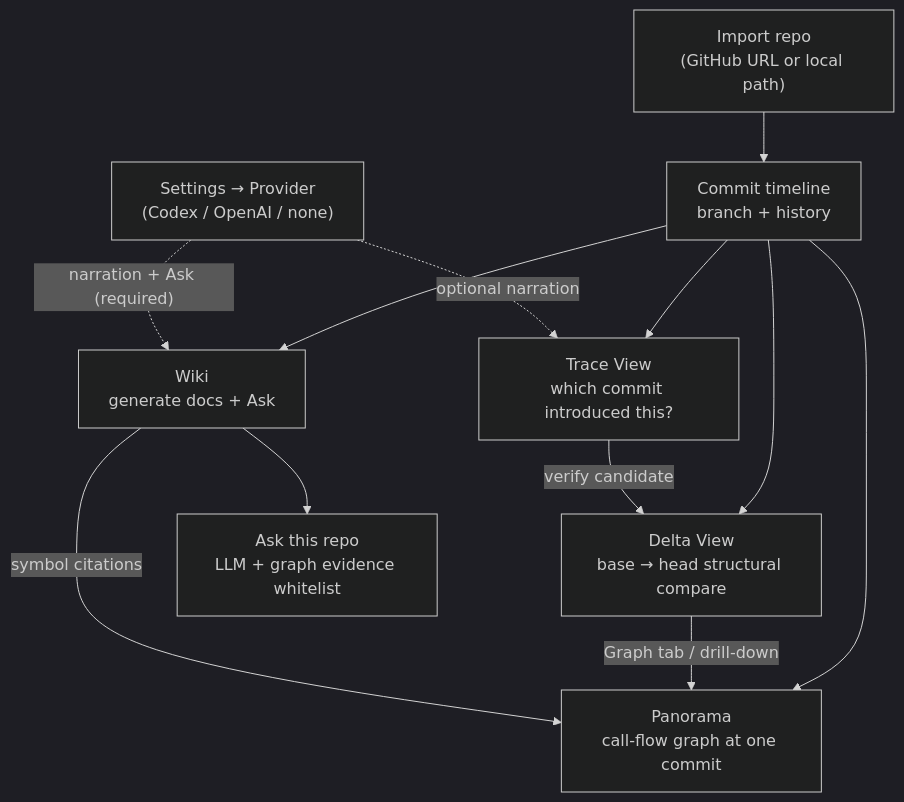
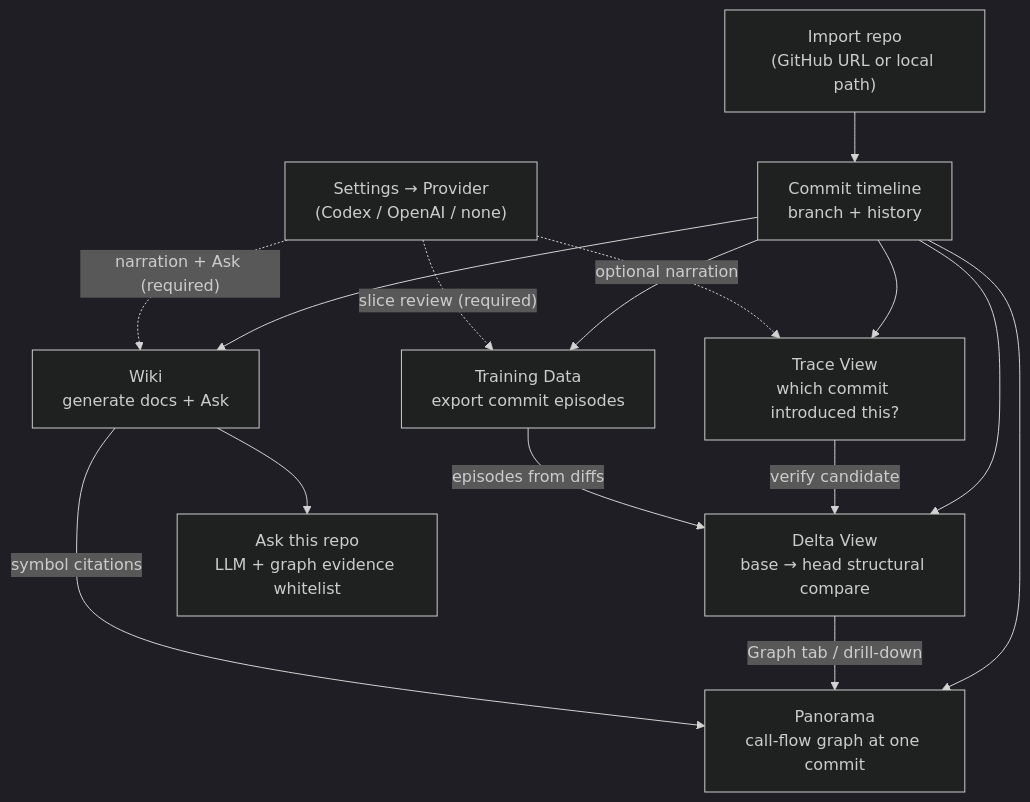
One commit to ingeniousfrog/CodeDelta changed the first of 2 diagrams in README.md. Above: the diagram before and after it, drawn with Mermaid (dark theme). The commit also changed other lines of this file and 9 other files, not shown here.

First line of the commit message:
chore(release): desktop v0.2.2 with Training Data docs and export UX

````diff
--- a/README.md
+++ b/README.md
@@ -48,21 +49,24 @@
 ```mermaid
 flowchart TB
   Import["Import repo\n(GitHub URL or local path)"]
   Timeline["Commit timeline\nbranch + history"]
 
   Import --> Timeline
 
   Timeline --> Delta["Delta View\nbase → head structural compare"]
   Timeline --> Trace["Trace View\nwhich commit introduced this?"]
   Timeline --> Panorama["Panorama\ncall-flow graph at one commit"]
   Timeline --> Wiki["Wiki\ngenerate docs + Ask"]
+  Timeline --> Training["Training Data\nexport commit episodes"]
 
   Trace -->|"verify candidate"| Delta
   Delta -->|"Graph tab / drill-down"| Panorama
   Wiki -->|"symbol citations"| Panorama
   Wiki --> Ask["Ask this repo\nLLM + graph evidence whitelist"]
+  Training -->|"episodes from diffs"| Delta
 
   Provider["Settings → Provider\n(Codex / OpenAI / none)"]
   Provider -.->|"optional narration"| Trace
   Provider -.->|"narration + Ask (required)"| Wiki
+  Provider -.->|"slice review (required)"| Training
 ```
````
